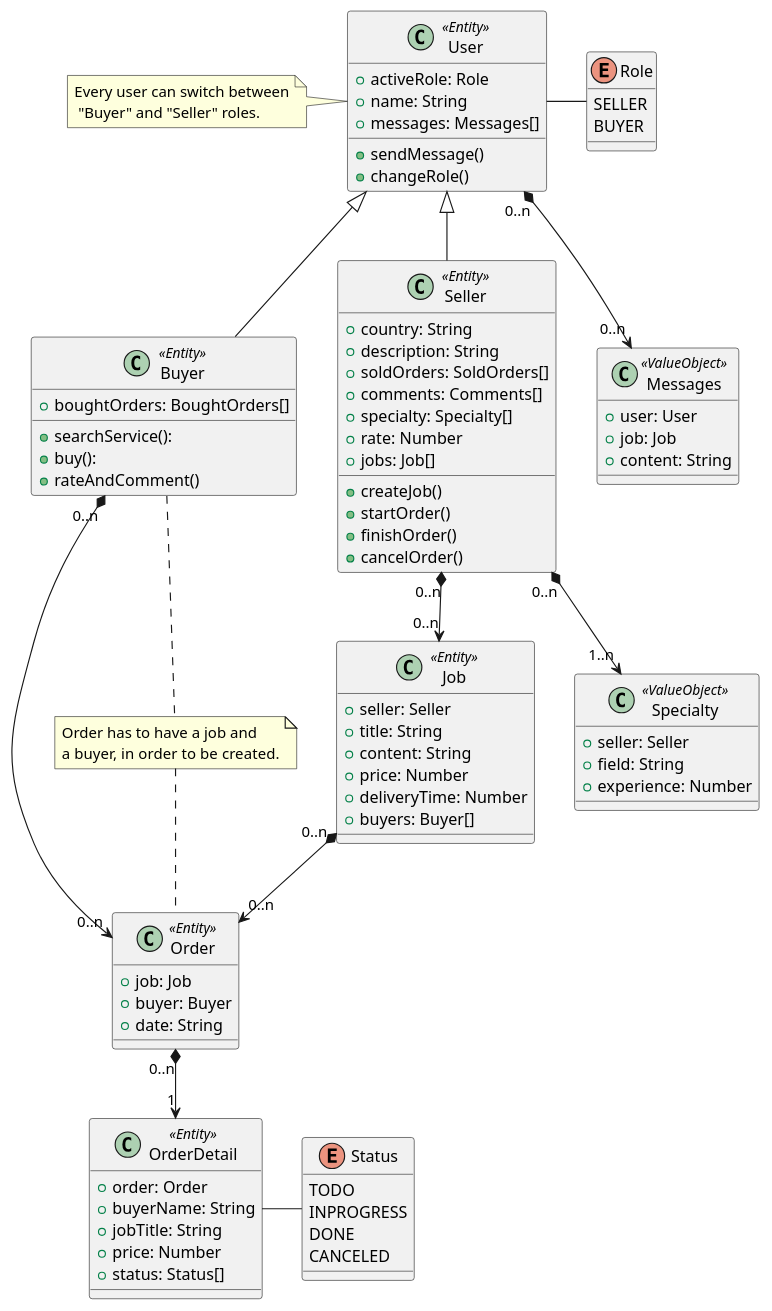
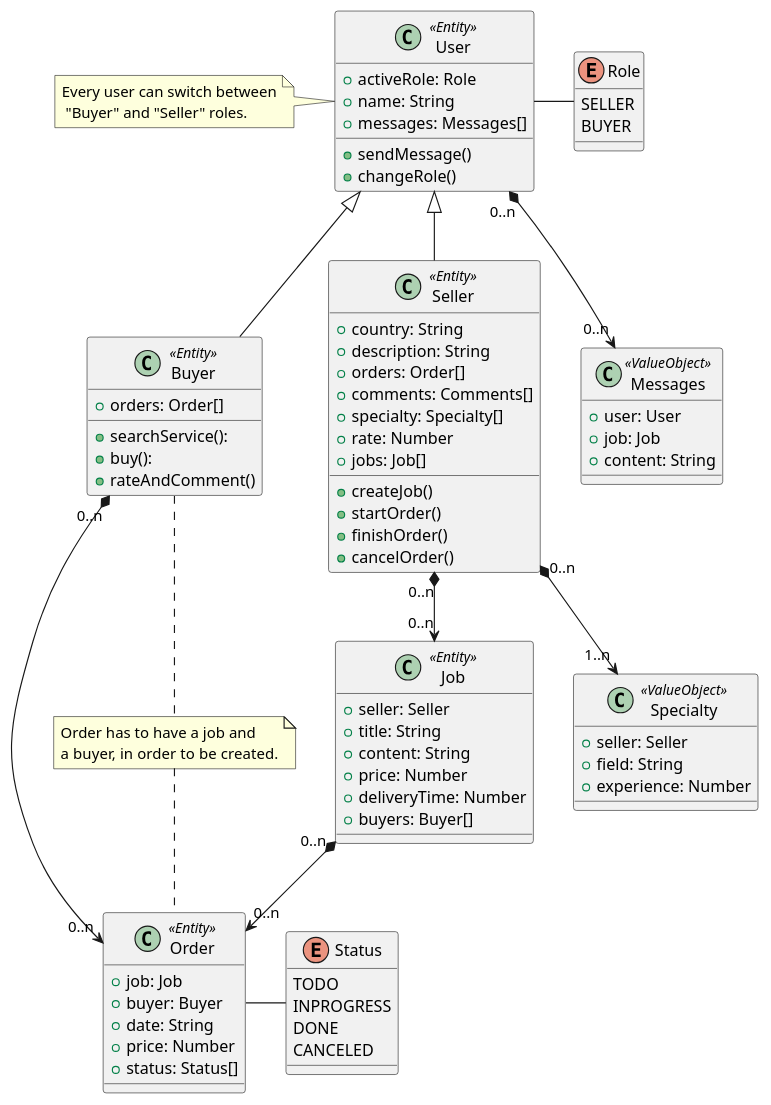
One commit to 0xtaf/freelance-market changed the diagram in class-diagram.puml. Above: the diagram before and after it, drawn with PlantUML.

Commit message:
Fix the diagram

```diff
--- a/class-diagram.puml
+++ b/class-diagram.puml
@@ -1,96 +1,90 @@
 @startuml FreelanceMarket
 
 class User <<Entity>> {
   + activeRole: Role
   + name: String
   + messages: Messages[]
   + sendMessage()
   + changeRole()
 }
 
 class Buyer <<Entity>> {
-  + boughtOrders: BoughtOrders[]
+  + orders: Order[]
   + searchService(): 
   + buy(): 
   + rateAndComment() 
 }
 
 class Seller <<Entity>> {
   + country: String
   + description: String
-  + soldOrders: SoldOrders[]
+  + orders: Order[]
   + comments: Comments[]
   + specialty: Specialty[]
   + rate: Number
   + jobs: Job[]
   + createJob()
   + startOrder()
   + finishOrder()
   + cancelOrder()
 }
 
 class Order <<Entity>> {
   + job: Job
   + buyer: Buyer
   + date: String
-}
-
-class OrderDetail <<Entity>> {
-  + order: Order
-  + buyerName: String
-  + jobTitle: String
   + price: Number
   + status: Status[]
 }
+
 
 class Job <<Entity>> {
   + seller: Seller
   + title: String
   + content: String
   + price: Number
   + deliveryTime: Number
   + buyers: Buyer[] 
 }
 
 enum Role {
   SELLER
   BUYER
 }
 
 enum Status {
   TODO
   INPROGRESS
   DONE
   CANCELED
 }
 
 class Specialty <<ValueObject>> {
   + seller: Seller
   + field: String
   + experience: Number
 }
 
 class Messages <<ValueObject>> {
   + user: User
   + job: Job
   + content: String
 }
 
 
 Buyer -up|> User
 Seller -up-|> User
 User "0..n" *--> "0..n" Messages
-Order "0..n" *--> "1" OrderDetail
 Seller "0..n" *--> "0..n" Job
 Job "0..n" *--> "0..n" Order
 Buyer "0..n" *--> "0..n" Order
 Seller "0..n" *--> "1..n" Specialty
 Role -left- User
-Status -left- OrderDetail
+Status -left- Order
 
 note left of User : Every user can switch between\n "Buyer" and "Seller" roles.
 note "Order has to have a job and\na buyer, in order to be created." as N2
 Buyer .. N2
 N2 .. Order
 
 @enduml
```
